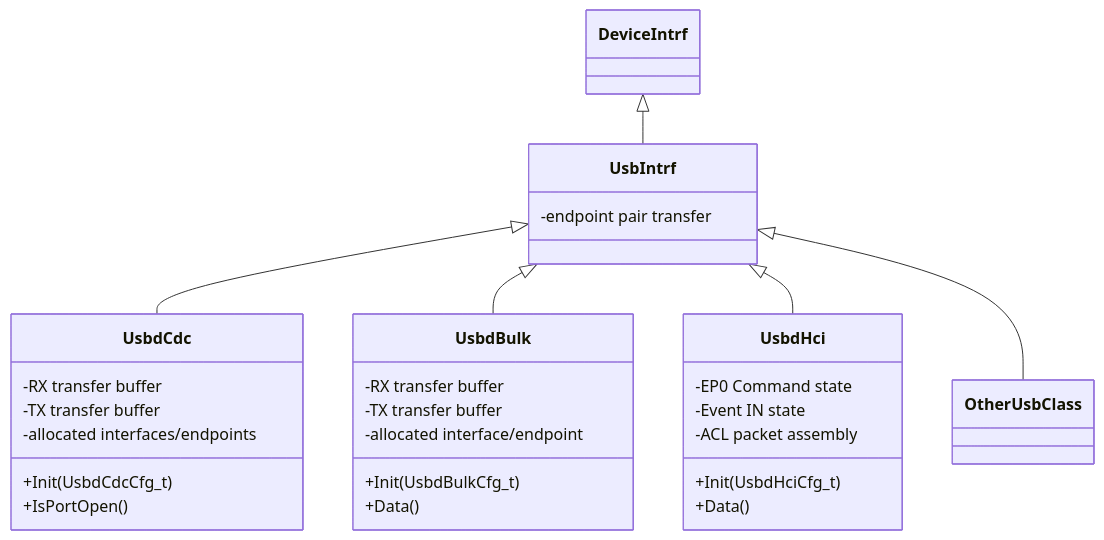
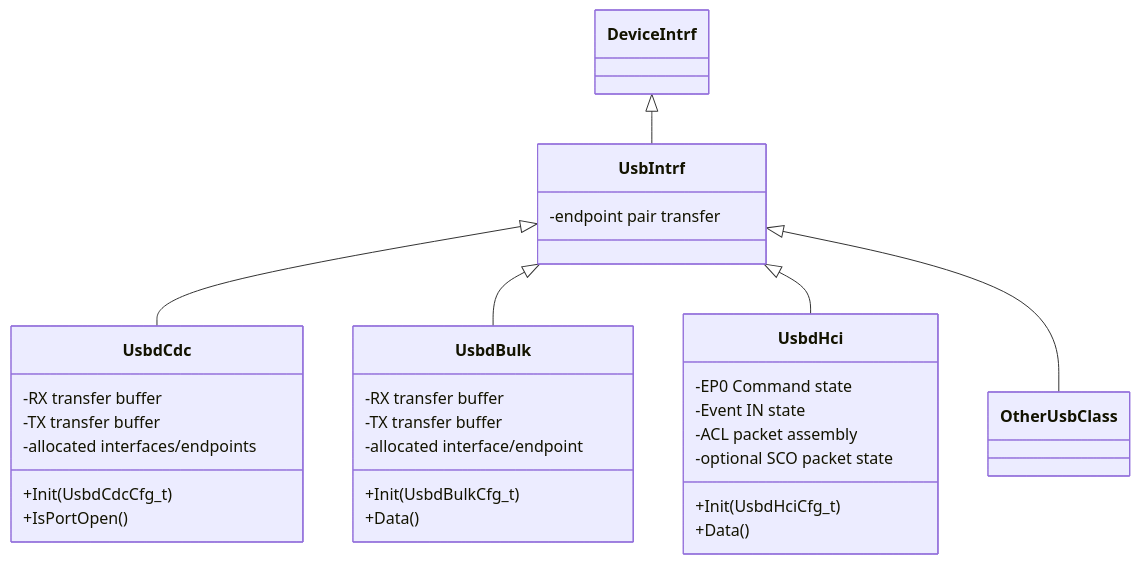
The second of 3 diagrams in docs/architecture/usb.md (IOsonata/IOsonata), drawn with Mermaid before and after one commit. The commit also changed other lines of this file and 9 other files, not shown here.

````diff
--- a/docs/architecture/usb.md
+++ b/docs/architecture/usb.md
@@ -47,32 +47,33 @@
 ```mermaid
 classDiagram
     DeviceIntrf <|-- UsbIntrf
     UsbIntrf <|-- UsbdCdc
     UsbIntrf <|-- UsbdBulk
     UsbIntrf <|-- UsbdHci
     UsbIntrf <|-- OtherUsbClass
     class UsbIntrf {
         -endpoint pair transfer
     }
     class UsbdCdc {
         +Init(UsbdCdcCfg_t)
         +IsPortOpen()
         -RX transfer buffer
         -TX transfer buffer
         -allocated interfaces/endpoints
     }
     class UsbdBulk {
         +Init(UsbdBulkCfg_t)
         +Data()
         -RX transfer buffer
         -TX transfer buffer
         -allocated interface/endpoint
     }
     class UsbdHci {
         +Init(UsbdHciCfg_t)
         +Data()
         -EP0 Command state
         -Event IN state
         -ACL packet assembly
+        -optional SCO packet state
     }
 ```
````
